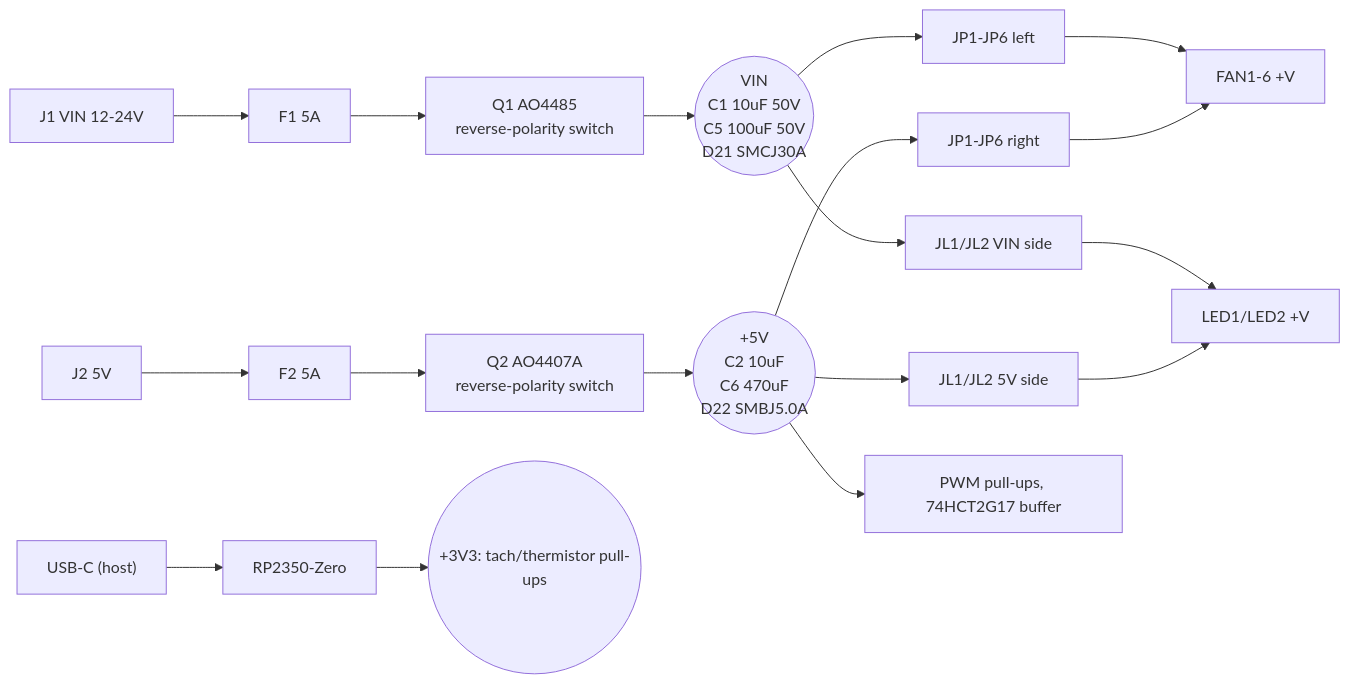
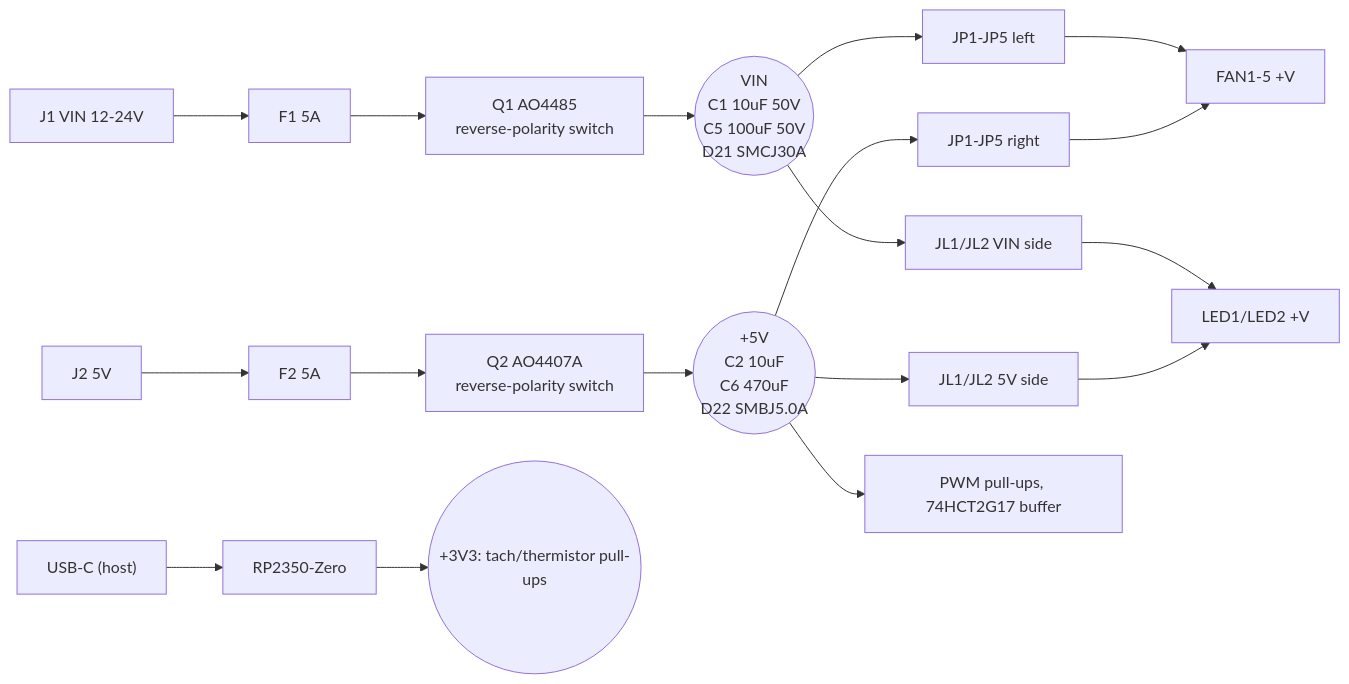
One commit to mokshmridul/TinyFan2350 changed the diagram in docs/design-notes.md. Above: the diagram before and after it, drawn with Mermaid. The commit also changed other lines of this file and 9 other files, not shown here.

````diff
--- a/docs/design-notes.md
+++ b/docs/design-notes.md
@@ -89,13 +90,13 @@
 ```mermaid
 flowchart LR
   J1["J1 VIN 12-24V"] --> F1["F1 5A"] --> Q1["Q1 AO4485<br/>reverse-polarity switch"] --> VIN(("VIN<br/>C1 10uF 50V<br/>C5 100uF 50V<br/>D21 SMCJ30A"))
   J2["J2 5V"] --> F2["F2 5A"] --> Q2["Q2 AO4407A<br/>reverse-polarity switch"] --> V5(("+5V<br/>C2 10uF<br/>C6 470uF<br/>D22 SMBJ5.0A"))
-  VIN --> JP["JP1-JP6 left"]
-  V5 --> JPb["JP1-JP6 right"]
-  JP --> FANS["FAN1-6 +V"]
+  VIN --> JP["JP1-JP5 left"]
+  V5 --> JPb["JP1-JP5 right"]
+  JP --> FANS["FAN1-5 +V"]
   JPb --> FANS
   VIN --> JL["JL1/JL2 VIN side"] --> LED["LED1/LED2 +V"]
   V5 --> JL5["JL1/JL2 5V side"] --> LED
   V5 --> SHIFT["PWM pull-ups, 74HCT2G17 buffer"]
   USB["USB-C (host)"] --> MCU["RP2350-Zero"] --> V33(("+3V3: tach/thermistor pull-ups"))
 ```
````
